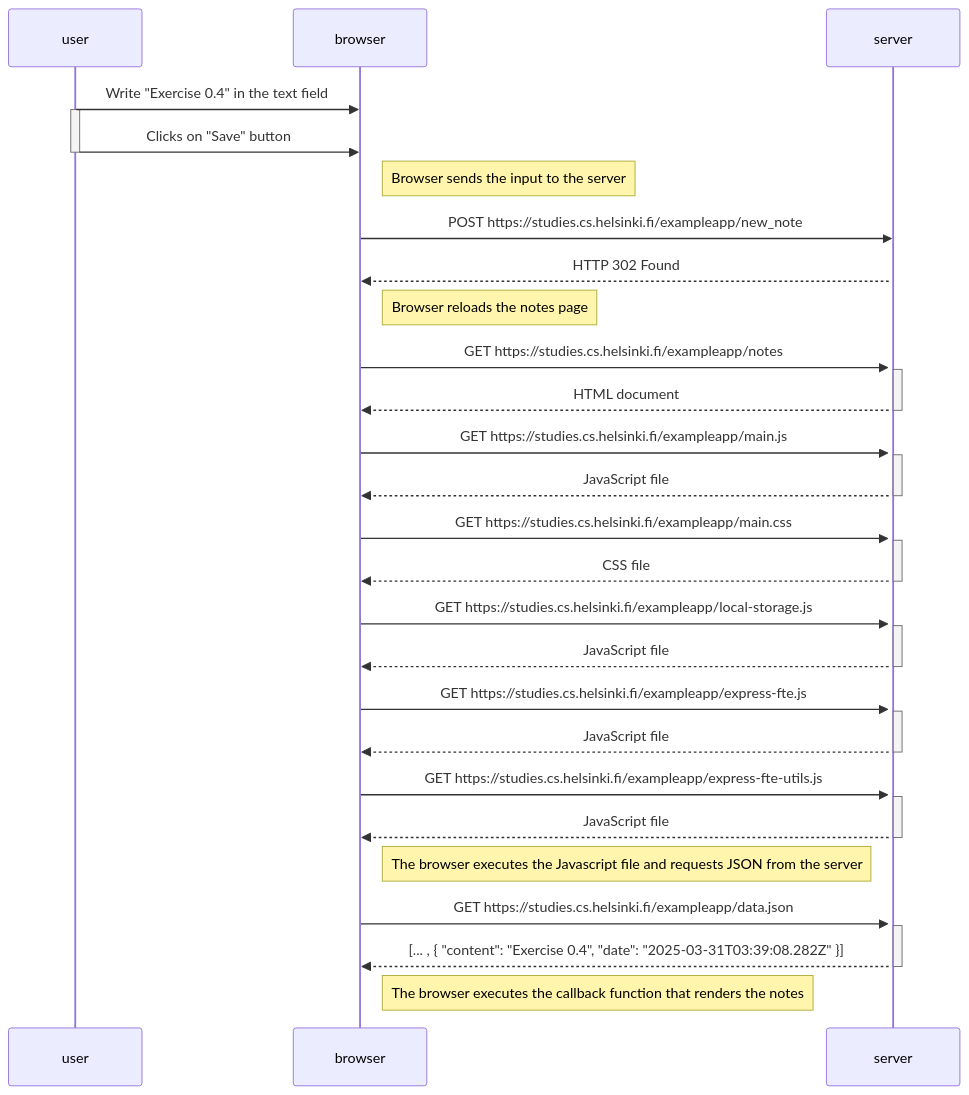
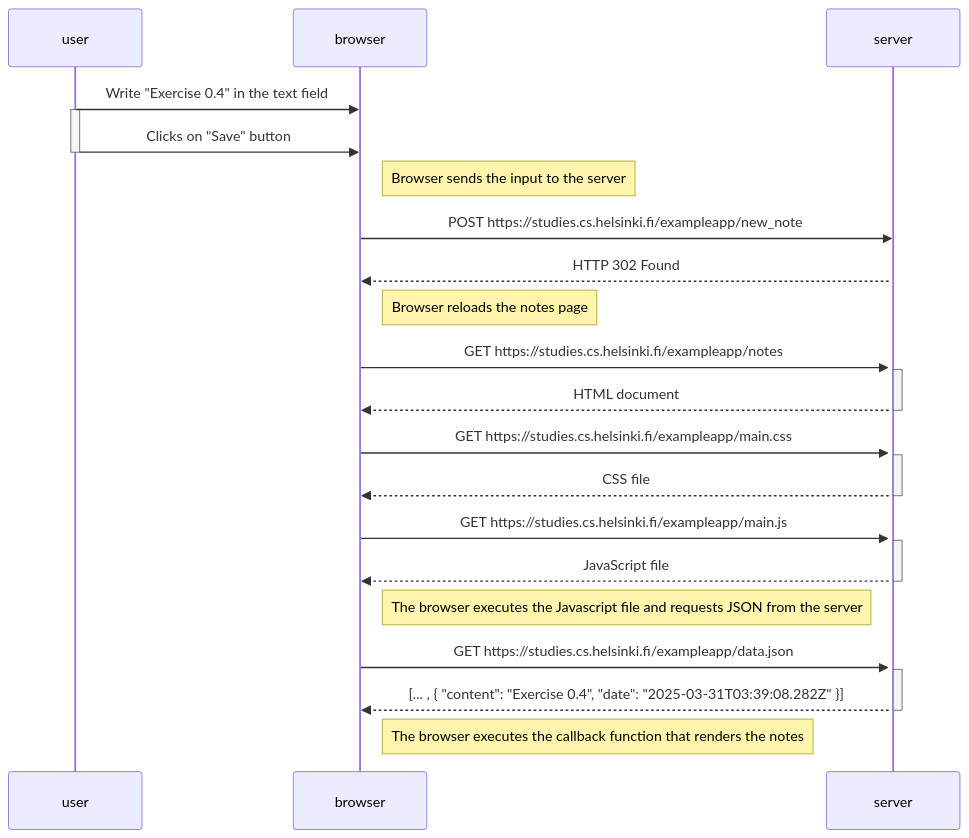
Before and after one commit to hpord/fullstackopen: the diagram in part0/0.4.md, drawn with Mermaid.

````diff
--- a/part0/0.4.md
+++ b/part0/0.4.md
@@ -1,57 +1,42 @@
 ```mermaid
 sequenceDiagram
     participant user
     participant browser
     participant server
 
     user->>browser: Write "Exercise 0.4"  in the text field
     activate user
     user->>browser: Clicks on "Save" button
     deactivate user
     Note right of browser: Browser sends the input to the server
 
     browser->>server: POST https://studies.cs.helsinki.fi/exampleapp/new_note 
     activate server
     server-->>browser: HTTP 302 Found
 
     Note right of browser: Browser reloads the notes page
 
     browser->>server: GET https://studies.cs.helsinki.fi/exampleapp/notes
     activate server
     server-->>browser: HTML document
     deactivate server
 
-    browser->>server: GET https://studies.cs.helsinki.fi/exampleapp/main.js
-    activate server
-    server-->>browser: JavaScript file
-    deactivate server
-
     browser->>server: GET https://studies.cs.helsinki.fi/exampleapp/main.css
     activate server
     server-->>browser: CSS file
     deactivate server
 
-    browser->>server: GET https://studies.cs.helsinki.fi/exampleapp/local-storage.js
-    activate server
-    server-->>browser: JavaScript file
-    deactivate server
-
-    browser->>server: GET https://studies.cs.helsinki.fi/exampleapp/express-fte.js
-    activate server
-    server-->>browser: JavaScript file
-    deactivate server
-
-    browser->>server: GET https://studies.cs.helsinki.fi/exampleapp/express-fte-utils.js
+    browser->>server: GET https://studies.cs.helsinki.fi/exampleapp/main.js
     activate server
     server-->>browser: JavaScript file
     deactivate server
 
     Note right of browser: The browser executes the Javascript file and requests JSON from the server
 
     browser->>server: GET https://studies.cs.helsinki.fi/exampleapp/data.json
     activate server
     server-->>browser: [... , { "content": "Exercise 0.4", "date": "2025-03-31T03:39:08.282Z" }]
     deactivate server
 
     Note right of browser: The browser executes the callback function that renders the notes
 ```
````
